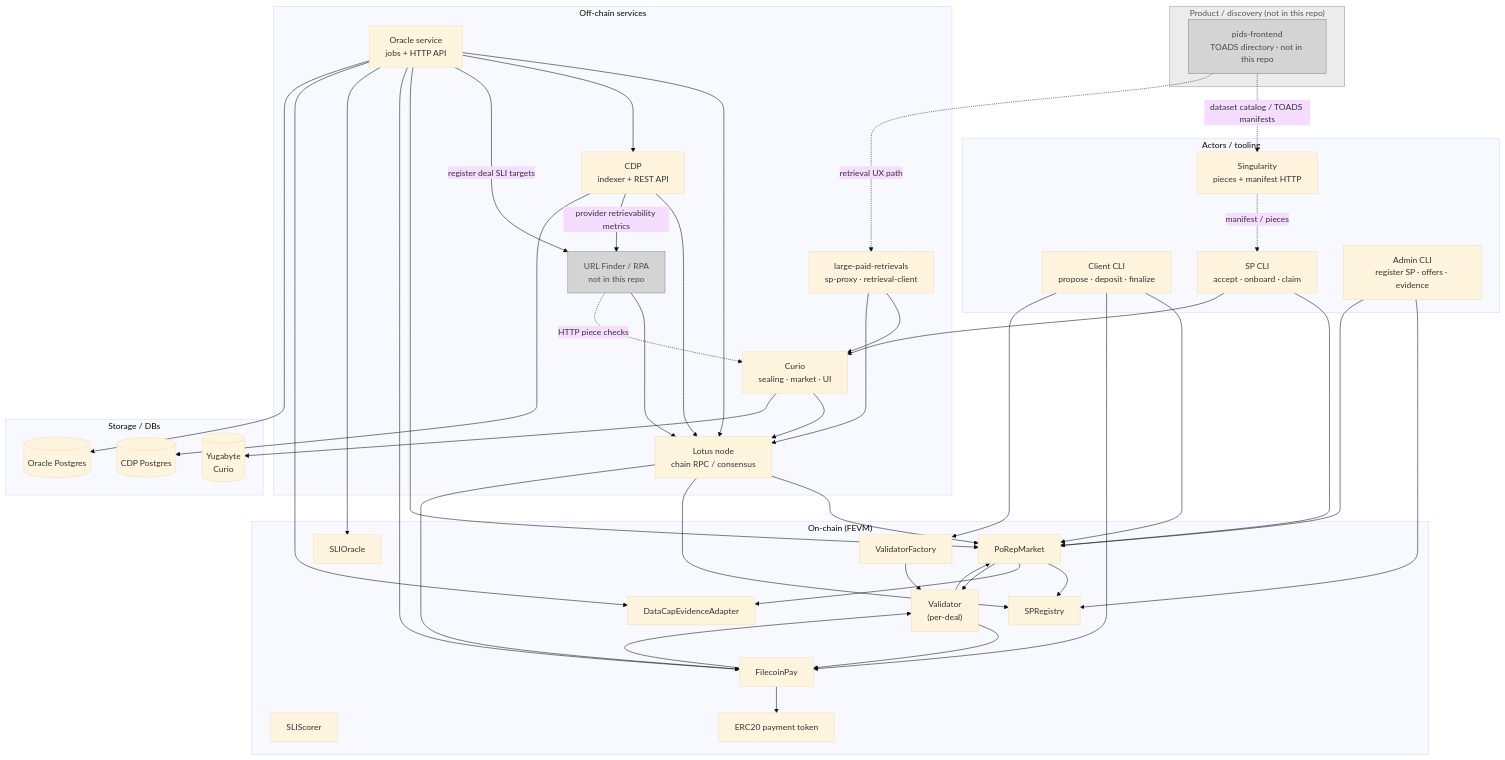
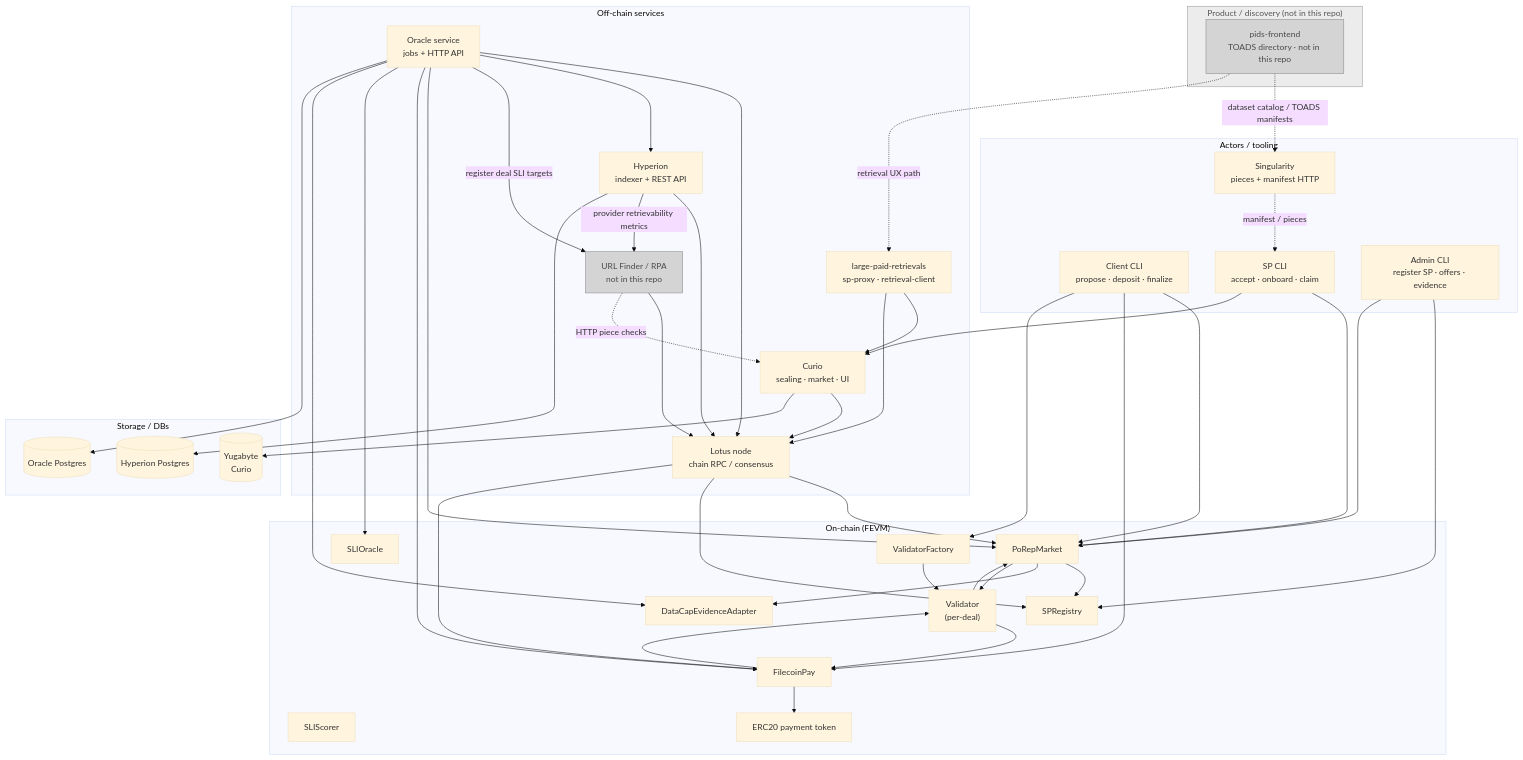
Before and after one commit to fidlabs/FCSS-devnet: the first of 12 diagrams in ARCHITECTURE.md, drawn with Mermaid (base theme). The commit also changed other lines of this file and 34 other files, not shown here.

First line of the commit message:
Replace CDP with Hyperion as the local PoRep indexer.

```diff
--- a/ARCHITECTURE.md
+++ b/ARCHITECTURE.md
@@ -23,7 +23,7 @@
 
   subgraph OffChain["Off-chain services"]
     Oracle["Oracle service<br/>jobs + HTTP API"]
-    CDP["CDP<br/>indexer + REST API"]
+    Hyperion["Hyperion<br/>indexer + REST API"]
     URLFinder["URL Finder / RPA<br/>not in this repo"]
     Curio["Curio<br/>sealing · market · UI"]
     Lotus["Lotus node<br/>chain RPC / consensus"]
@@ -45,7 +45,7 @@
   subgraph Storage["Storage / DBs"]
     YB[(Yugabyte<br/>Curio)]
     OracleDB[(Oracle Postgres)]
-    CDPDB[(CDP Postgres)]
+    HyperionDB[(Hyperion Postgres)]
   end
 
   PIDS -.->|dataset catalog / TOADS manifests| Singularity
@@ -64,14 +64,14 @@
   Retrievals --> Lotus
 
   Oracle --> Lotus
-  Oracle --> CDP
+  Oracle --> Hyperion
   Oracle -->|register deal SLI targets| URLFinder
   Oracle --> PoRep
   Oracle --> Pay
   Oracle --> SLIOracle
   Oracle --> Evidence
-  CDP --> Lotus
-  CDP -->|provider retrievability metrics| URLFinder
+  Hyperion --> Lotus
+  Hyperion -->|provider retrievability metrics| URLFinder
   URLFinder --> Lotus
   URLFinder -.->|HTTP piece checks| Curio
   Curio --> Lotus
@@ -90,7 +90,7 @@
   Pay --> Validator
 
   Oracle --> OracleDB
-  CDP --> CDPDB
+  Hyperion --> HyperionDB
 
   classDef external fill:#d4d4d4,stroke:#8a8a8a,color:#4a4a4a
   class PIDS,URLFinder external
```
